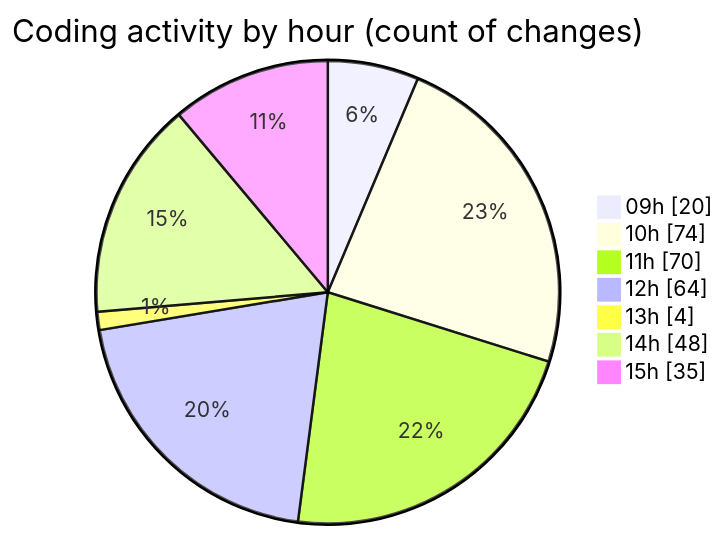
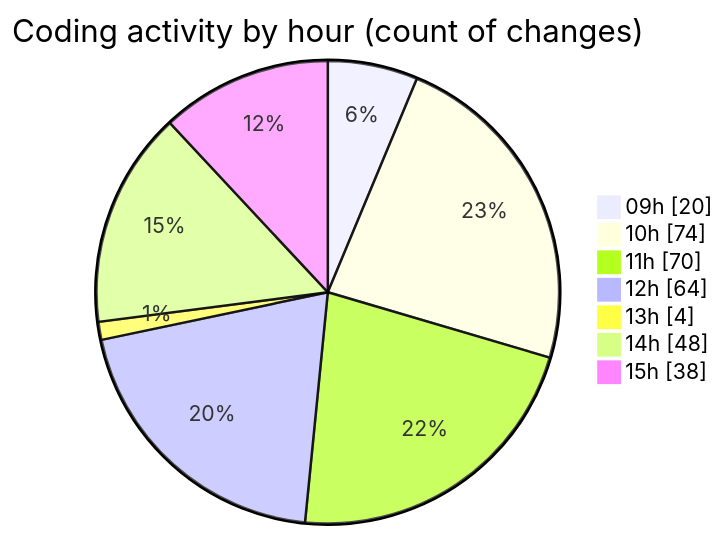
The second of 2 diagrams in 2025-06-06/ecodeli-1/README.md (CELIANVF/code-tracking), drawn with Mermaid before and after one commit. The commit also changed other lines of this file and 1 other file, not shown here.

````diff
--- a/2025-06-06/ecodeli-1/README.md
+++ b/2025-06-06/ecodeli-1/README.md
@@ -110,11 +112,11 @@
 ```mermaid
 pie showData
 title Coding activity by hour (count of changes)
 "09h" : 20
 "10h" : 74
 "11h" : 70
 "12h" : 64
 "13h" : 4
 "14h" : 48
-"15h" : 35
+"15h" : 38
 ```
````
